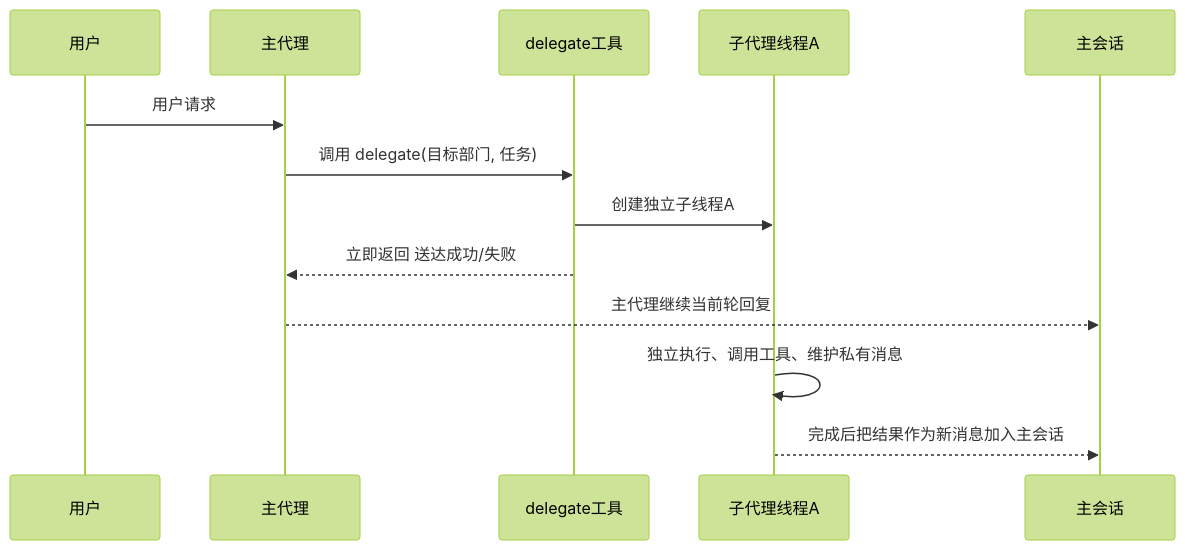
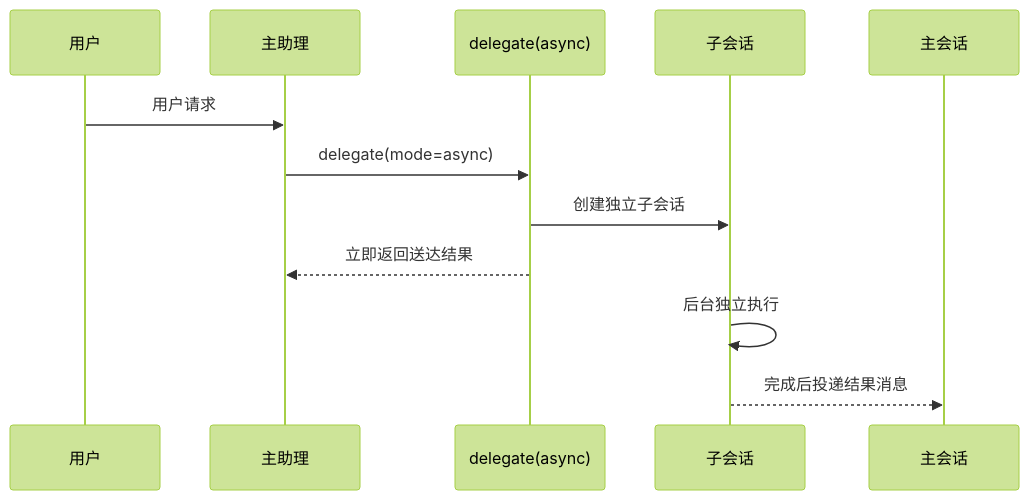
Before and after one commit to scraix/P-ai: the first of 2 diagrams in plan/20260312_委托线程模型重构计划.md, drawn with Mermaid (forest theme). The commit also changed other lines of this file and 26 other files, not shown here.

Commit message:
refactor delegate runtime flow and unify archive/chat state consistency

````diff
--- a/plan/20260312_委托线程模型重构计划.md
+++ b/plan/20260312_委托线程模型重构计划.md
@@ -144,16 +238,15 @@
 ```mermaid
 sequenceDiagram
     participant U as 用户
-    participant M as 主代理
-    participant D as delegate工具
-    participant T1 as 子代理线程A
+    participant M as 主助理
+    participant D as delegate(async)
+    participant S as 子会话
     participant C as 主会话
 
     U->>M: 用户请求
-    M->>D: 调用 delegate(目标部门, 任务)
-    D->>T1: 创建独立子线程A
-    D-->>M: 立即返回 送达成功/失败
-    M-->>C: 主代理继续当前轮回复
-    T1->>T1: 独立执行、调用工具、维护私有消息
-    T1-->>C: 完成后把结果作为新消息加入主会话
+    M->>D: delegate(mode=async)
+    D->>S: 创建独立子会话
+    D-->>M: 立即返回送达结果
+    S->>S: 后台独立执行
+    S-->>C: 完成后投递结果消息
 ```
````
